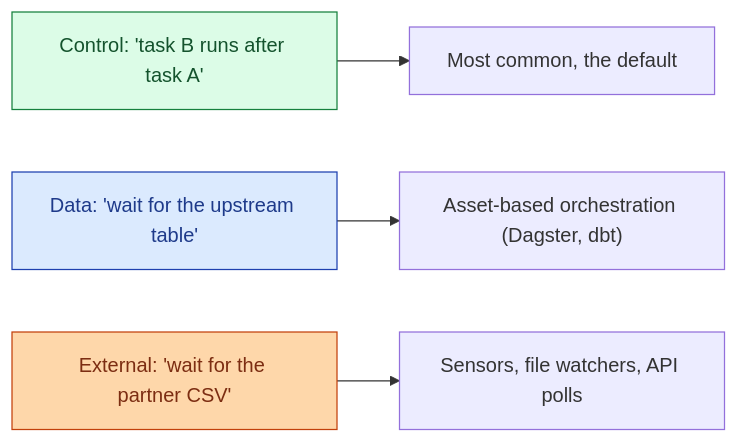
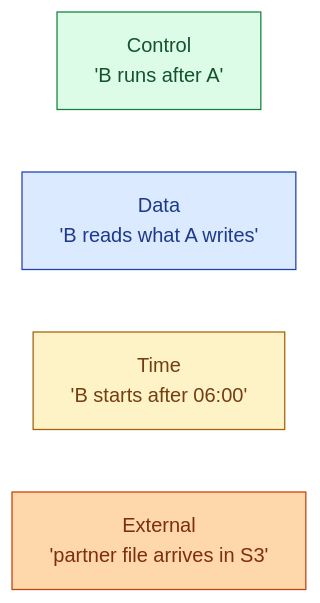
One commit to shiningflash/shiningflash.github.io changed the first of 3 diagrams in _de_concepts/042-dependency-types.md. Above: the diagram before and after it, drawn with Mermaid. The commit also changed other lines of this file and 69 other files, not shown here.

````diff
--- a/_de_concepts/042-dependency-types.md
+++ b/_de_concepts/042-dependency-types.md
@@ -12,14 +12,12 @@
 ```mermaid
 flowchart LR
-    Ctrl["Control: 'task B runs after task A'"]:::a
-    Data["Data: 'wait for the upstream table'"]:::b
-    Ext["External: 'wait for the partner CSV'"]:::c
-
-    Ctrl --> Use1["Most common, the default"]
-    Data --> Use2["Asset-based orchestration (Dagster, dbt)"]
-    Ext --> Use3["Sensors, file watchers, API polls"]
+    Ctrl["Control<br/>'B runs after A'"]:::a
+    Data["Data<br/>'B reads what A writes'"]:::b
+    Time["Time<br/>'B starts after 06:00'"]:::c
+    Ext["External<br/>'partner file arrives in S3'"]:::d
 
     classDef a fill:#dcfce7,stroke:#15803d,color:#14532d
     classDef b fill:#dbeafe,stroke:#1e40af,color:#1e3a8a
-    classDef c fill:#fed7aa,stroke:#c2410c,color:#7c2d12
+    classDef c fill:#fef3c7,stroke:#a16207,color:#713f12
+    classDef d fill:#fed7aa,stroke:#c2410c,color:#7c2d12
 ```
````
